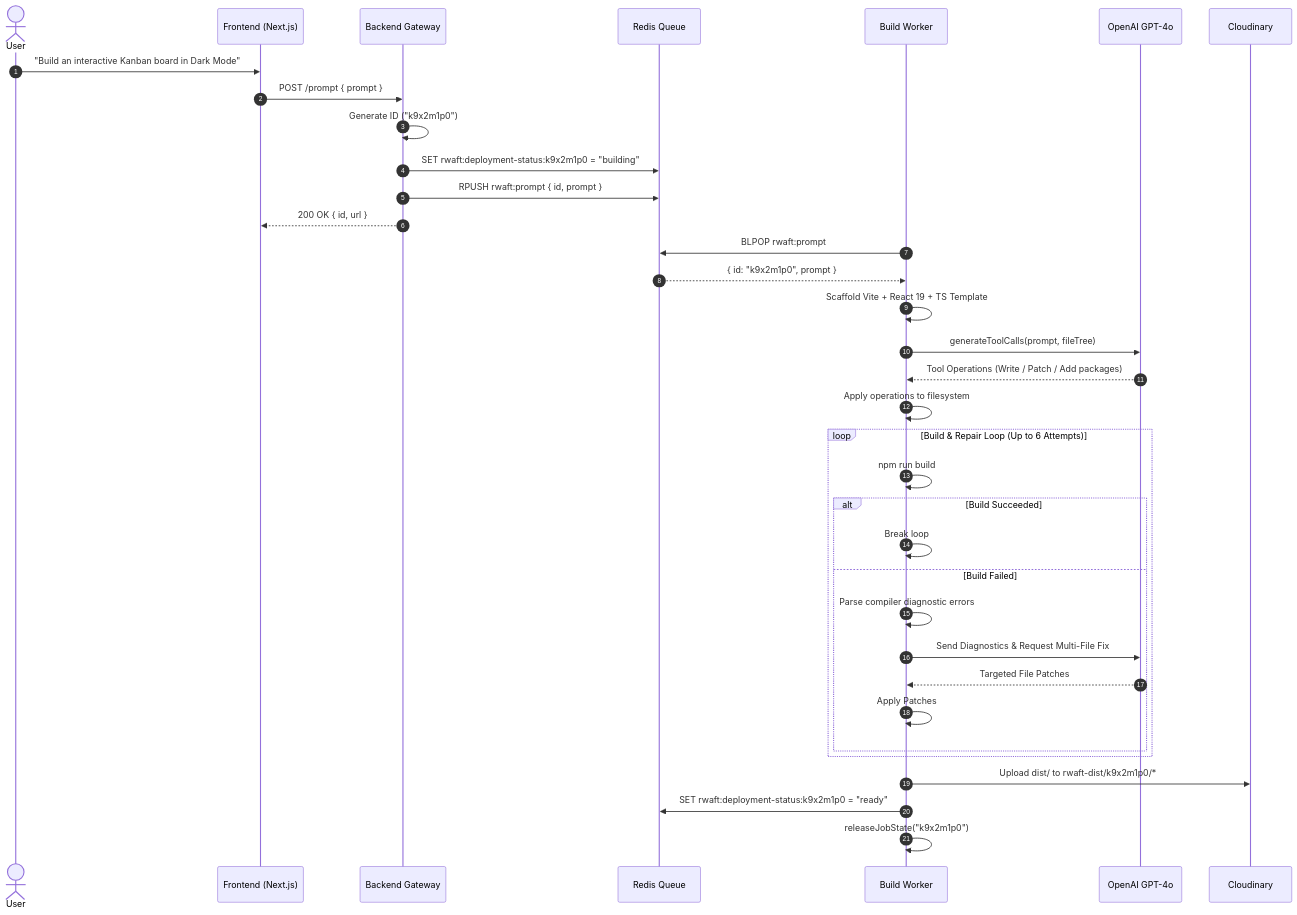
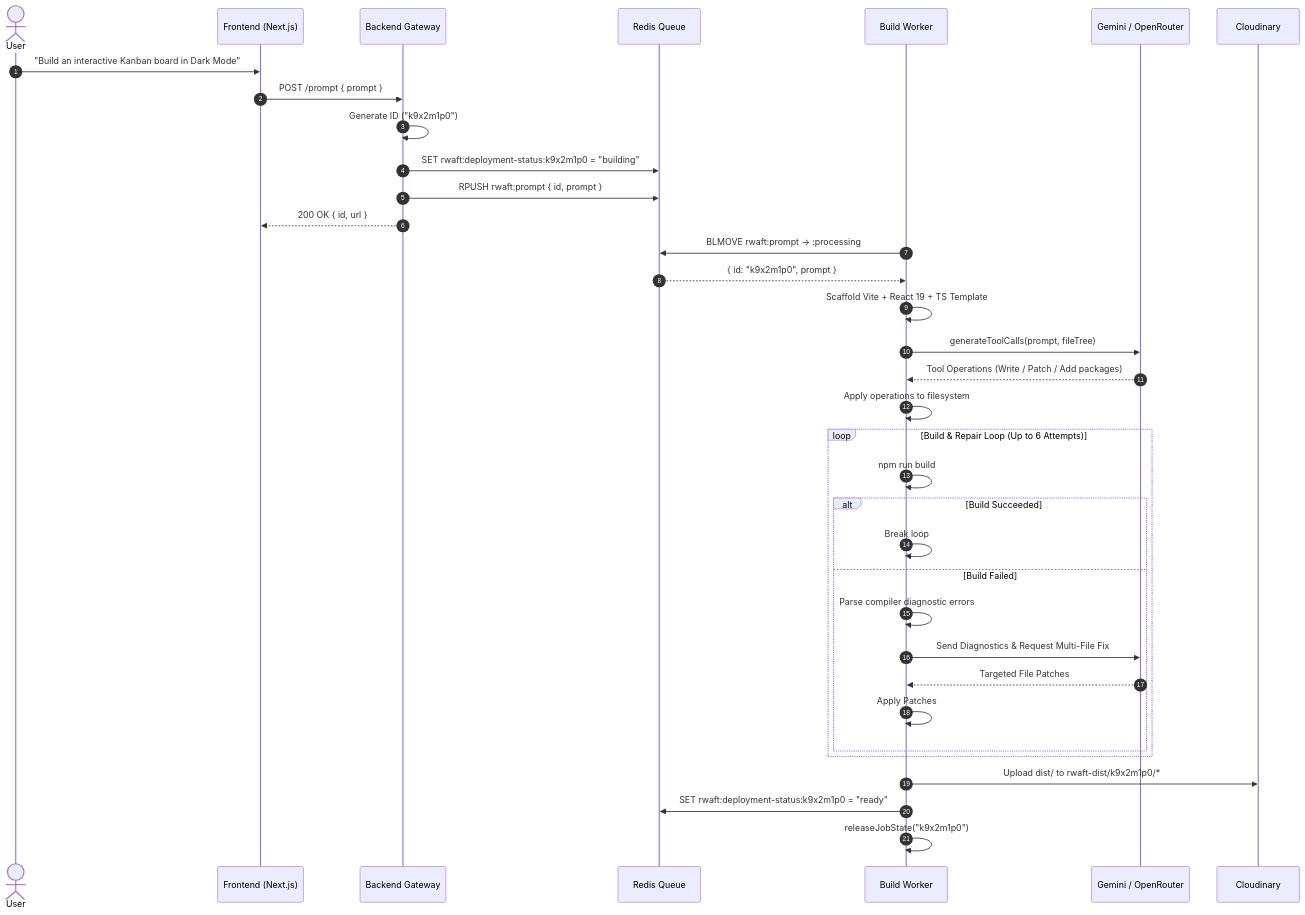
One commit to nios-x/rwaft changed the third of 4 diagrams in README.md. Above: the diagram before and after it, drawn with Mermaid. The commit also changed other lines of this file and 37 other files, not shown here.

````diff
--- a/README.md
+++ b/README.md
@@ -230,41 +233,41 @@
 ```mermaid
 sequenceDiagram
     autonumber
     actor Developer as User
     participant Front as Frontend (Next.js)
     participant API as Backend Gateway
     participant Redis as Redis Queue
     participant Worker as Build Worker
-    participant AI as OpenAI GPT-4o
+    participant AI as Gemini / OpenRouter
     participant Cloud as Cloudinary
 
     Developer->>Front: "Build an interactive Kanban board in Dark Mode"
     Front->>API: POST /prompt { prompt }
     API->>API: Generate ID ("k9x2m1p0")
     API->>Redis: SET rwaft:deployment-status:k9x2m1p0 = "building"
     API->>Redis: RPUSH rwaft:prompt { id, prompt }
     API-->>Front: 200 OK { id, url }
 
-    Worker->>Redis: BLPOP rwaft:prompt
+    Worker->>Redis: BLMOVE rwaft:prompt -> :processing
     Redis-->>Worker: { id: "k9x2m1p0", prompt }
     Worker->>Worker: Scaffold Vite + React 19 + TS Template
     Worker->>AI: generateToolCalls(prompt, fileTree)
     AI-->>Worker: Tool Operations (Write / Patch / Add packages)
     Worker->>Worker: Apply operations to filesystem
 
     loop Build & Repair Loop (Up to 6 Attempts)
         Worker->>Worker: npm run build
         alt Build Succeeded
             Worker->>Worker: Break loop
         else Build Failed
             Worker->>Worker: Parse compiler diagnostic errors
             Worker->>AI: Send Diagnostics & Request Multi-File Fix
             AI-->>Worker: Targeted File Patches
             Worker->>Worker: Apply Patches
         end
     end
 
     Worker->>Cloud: Upload dist/ to rwaft-dist/k9x2m1p0/*
     Worker->>Redis: SET rwaft:deployment-status:k9x2m1p0 = "ready"
     Worker->>Worker: releaseJobState("k9x2m1p0")
 ```
````
